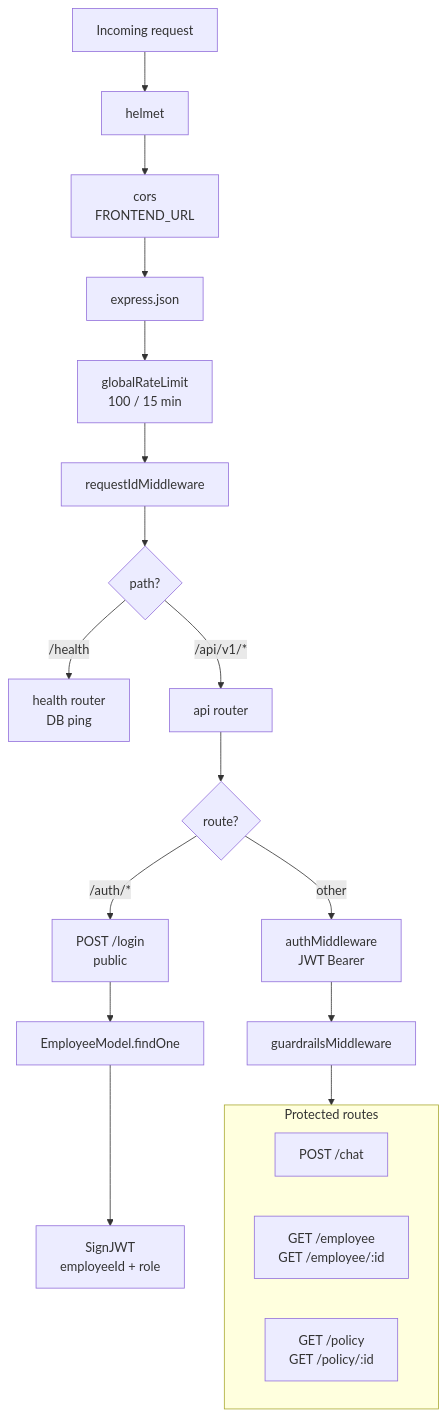
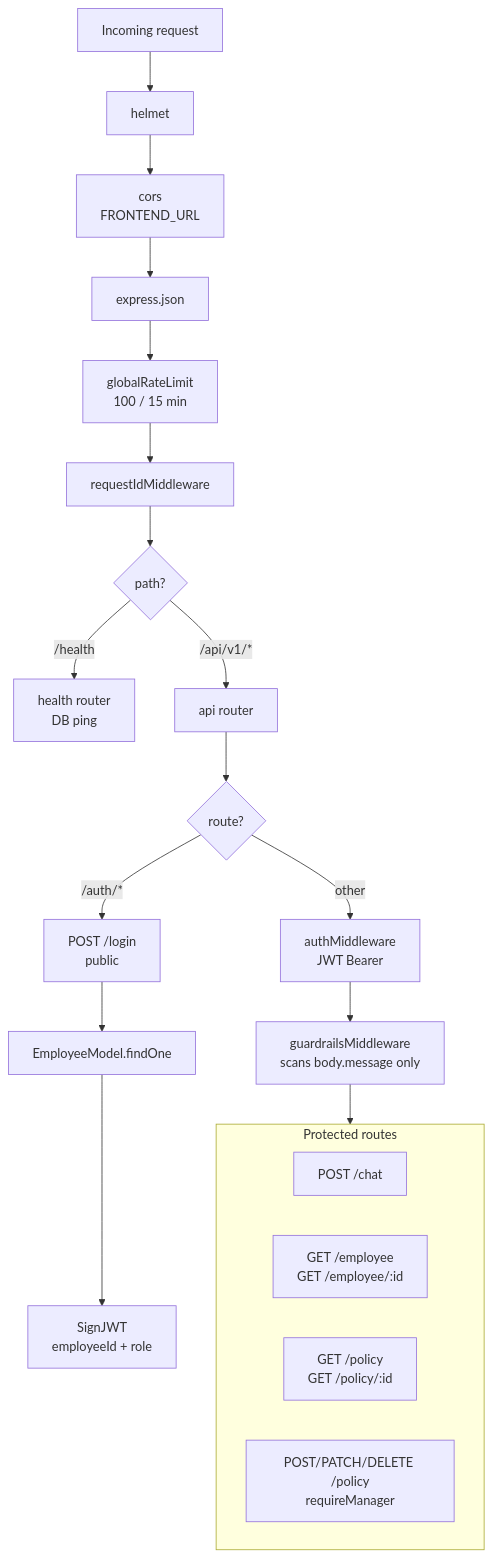
Before and after one commit to sriramkasyap/Airtribe-AI-HR-Helpdesk-Assistant: the third of 11 diagrams in ARCHITECTURE.md, drawn with Mermaid. The commit also changed other lines of this file and 17 other files, not shown here.

First line of the commit message:
feat: add manager-only HR policies management

````diff
--- a/ARCHITECTURE.md
+++ b/ARCHITECTURE.md
@@ -98,29 +98,30 @@
 ```mermaid
 flowchart TB
   Req["Incoming request"]
 
   Req --> Helmet["helmet"]
   Helmet --> CORS["cors<br/>FRONTEND_URL"]
   CORS --> JSON["express.json"]
   JSON --> Rate["globalRateLimit<br/>100 / 15 min"]
   Rate --> ReqId["requestIdMiddleware"]
 
   ReqId --> Health{"path?"}
   Health -->|/health| HealthR["health router<br/>DB ping"]
   Health -->|/api/v1/*| API["api router"]
 
   API --> AuthPub{"route?"}
   AuthPub -->|/auth/*| AuthRoutes["POST /login<br/>public"]
   AuthPub -->|other| Gate["authMiddleware<br/>JWT Bearer"]
-  Gate --> Guard["guardrailsMiddleware"]
+  Gate --> Guard["guardrailsMiddleware<br/>scans body.message only"]
   Guard --> Protected
 
   subgraph Protected["Protected routes"]
     Chat["POST /chat"]
     Emp["GET /employee<br/>GET /employee/:id"]
     Pol["GET /policy<br/>GET /policy/:id"]
+    PolWrite["POST/PATCH/DELETE /policy<br/>requireManager"]
   end
 
   AuthRoutes --> EmployeeLookup["EmployeeModel.findOne"]
   EmployeeLookup --> SignJWT["SignJWT<br/>employeeId + role"]
 ```
````
